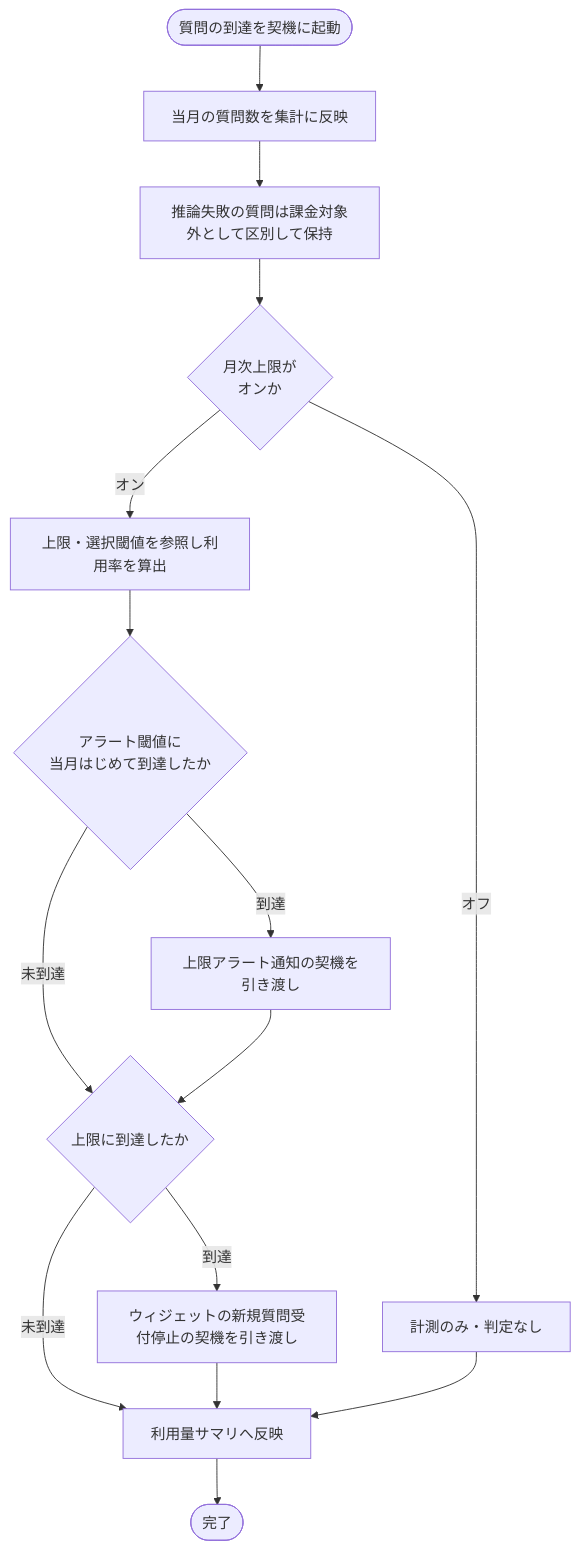
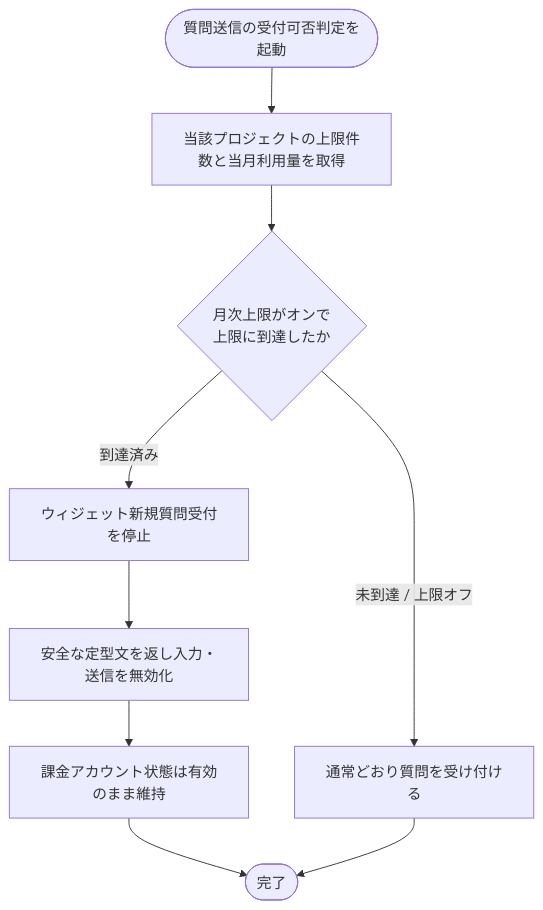
Before and after one commit to sikakou54/open-faq: the diagram in 02_basic_design/02_backend/01_system/SYS-018.md, drawn with Mermaid. The commit also changed other lines of this file and 395 other files, not shown here.

````diff
--- a/02_basic_design/02_backend/01_system/SYS-018.md
+++ b/02_basic_design/02_backend/01_system/SYS-018.md
@@ -26,17 +26,11 @@
 ```mermaid
 flowchart TB
-  S([質問の到達を契機に起動]) --> A[当月の質問数を集計に反映]
-  A --> B[推論失敗の質問は課金対象外として区別して保持]
-  B --> C{月次上限が<br/>オンか}
-  C -- オン --> D[上限・選択閾値を参照し利用率を算出]
-  D --> E{アラート閾値に<br/>当月はじめて到達したか}
-  E -- 到達 --> F[上限アラート通知の契機を引き渡し]
-  E -- 未到達 --> G{上限に到達したか}
+  S([質問送信の受付可否判定を起動]) --> A[当該プロジェクトの上限件数と当月利用量を取得]
+  A --> B{月次上限がオンで<br/>上限に到達したか}
+  B -- 到達済み --> C[ウィジェット新規質問受付を停止]
+  C --> D[安全な定型文を返し入力・送信を無効化]
+  D --> E[課金アカウント状態は有効のまま維持]
+  B -- 未到達 / 上限オフ --> F[通常どおり質問を受け付ける]
+  E --> G([完了])
   F --> G
-  G -- 到達 --> H[ウィジェットの新規質問受付停止の契機を引き渡し]
-  G -- 未到達 --> I[利用量サマリへ反映]
-  H --> I
-  C -- オフ --> J[計測のみ・判定なし]
-  J --> I
-  I --> K([完了])
 ```
````
